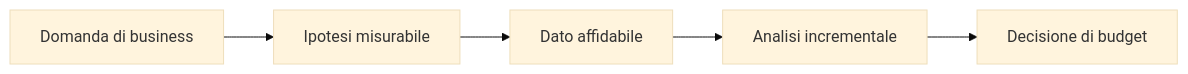
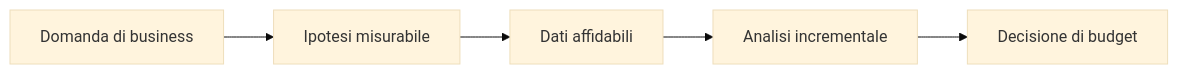
The diagram in src/content/corso/analisi-marketing/mmm-incrementality.mdx (AndreyBertasini/gynnitech), drawn with Mermaid (base theme) before and after one commit. The commit also changed other lines of this file and 1491 other files, not shown here.

````diff
--- a/src/content/corso/analisi-marketing/mmm-incrementality.mdx
+++ b/src/content/corso/analisi-marketing/mmm-incrementality.mdx
@@ -220,12 +30,7 @@
 ```mermaid
 flowchart LR
-    A["Domanda di business"]
-    B["Ipotesi misurabile"]
-    C["Dato affidabile"]
-    D["Analisi incrementale"]
-    E["Decisione di budget"]
-    A --> B
-    B --> C
-    C --> D
-    D --> E
+    A[Domanda di business] --> B[Ipotesi misurabile]
+    B --> C[Dati affidabili]
+    C --> D[Analisi incrementale]
+    D --> E[Decisione di budget]
 ```
````
